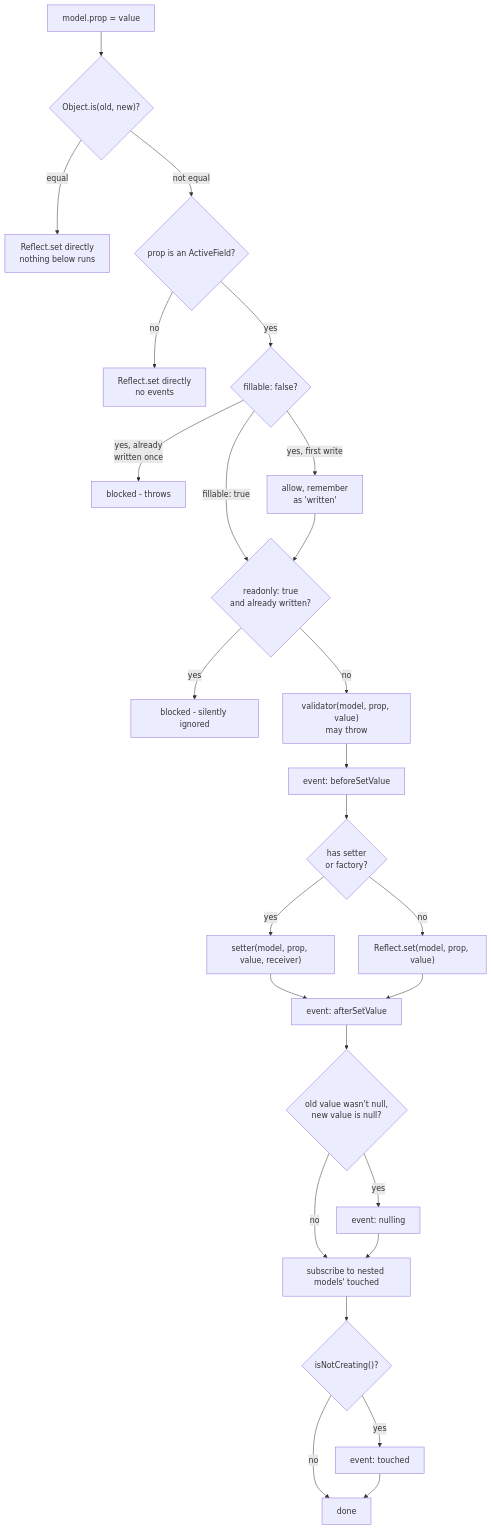
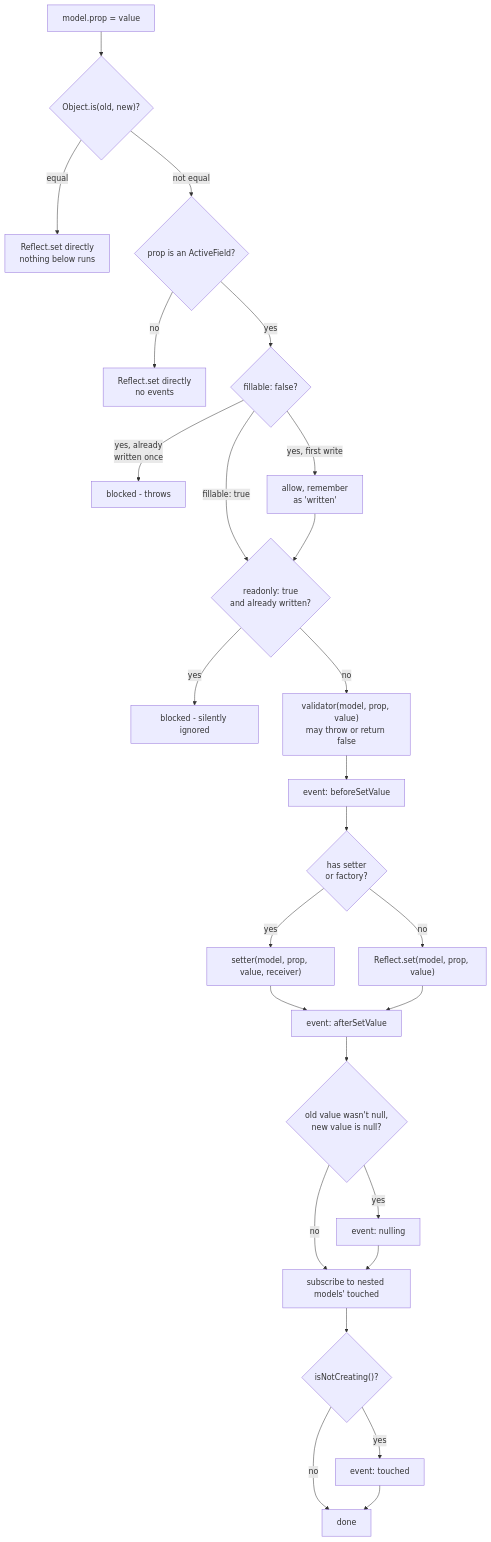
Before and after one commit to alt-point/active-models: the second of 3 diagrams in docs/en/model-lifecycle.md, drawn with Mermaid. The commit also changed 10 other files, not shown here.

First line of the commit message:
feat: let a field validator refuse a value by returning false

````diff
--- a/docs/en/model-lifecycle.md
+++ b/docs/en/model-lifecycle.md
@@ -56,28 +56,28 @@
 ```mermaid
 flowchart TD
     A["model.prop = value"] --> B{"Object.is(old, new)?"}
     B -- equal --> B1["Reflect.set directly\nnothing below runs"]
     B -- not equal --> C{"prop is an ActiveField?"}
     C -- no --> C1["Reflect.set directly\nno events"]
     C -- yes --> E{"fillable: false?"}
     E -- yes, already\nwritten once --> E1["blocked - throws"]
     E -- yes, first write --> E2["allow, remember\nas 'written'"]
     E -- fillable: true --> F
     E2 --> F{"readonly: true\nand already written?"}
     F -- yes --> F1["blocked - silently ignored"]
-    F -- no --> G["validator(model, prop, value)\nmay throw"]
+    F -- no --> G["validator(model, prop, value)\nmay throw or return false"]
     G --> H["event: beforeSetValue"]
     H --> I{"has setter\nor factory?"}
     I -- yes --> I1["setter(model, prop, value, receiver)"]
     I -- no --> I2["Reflect.set(model, prop, value)"]
     I1 --> J["event: afterSetValue"]
     I2 --> J
     J --> K{"old value wasn't null,\nnew value is null?"}
     K -- yes --> K1["event: nulling"]
     K -- no --> M
     K1 --> M["subscribe to nested models' touched"]
     M --> N{"isNotCreating()?"}
     N -- yes --> N1["event: touched"]
     N -- no --> L["done"]
     N1 --> L
 ```
````
